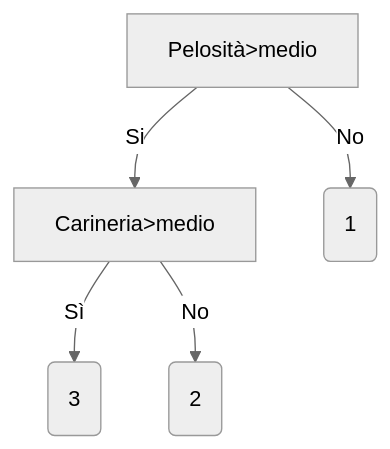
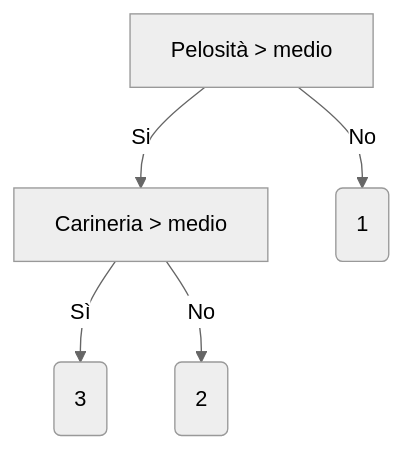
Before and after one commit to anhelus/pcs: the third of 8 diagrams in docs/material/03_ml/06_trees/01_decision_trees.md, drawn with Mermaid (neutral theme). The commit also changed other lines of this file and 9 other files, not shown here.

````diff
--- a/docs/material/03_ml/06_trees/01_decision_trees.md
+++ b/docs/material/03_ml/06_trees/01_decision_trees.md
@@ -53,7 +50,7 @@
 ```mermaid
 flowchart TB
-  A[Pelosità>medio] -->|Si| B[Carineria>medio]
+  A["Pelosità > medio"] -->|Si| B["Carineria > medio"]
   A -->|No| C(1)
   B -->|Sì| D(3)
   B -->|No| E(2)
 ```
````
